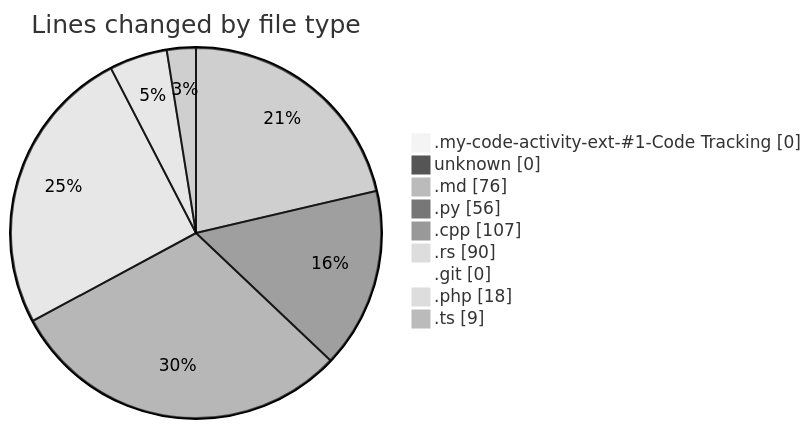
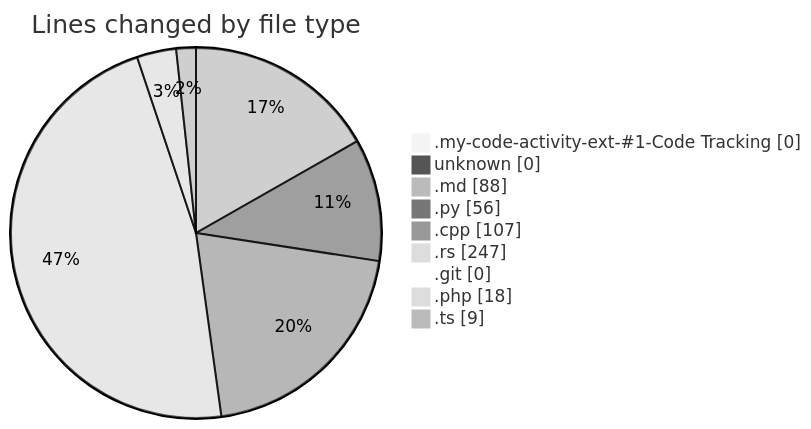
One commit to ernivani/code-tracking changed the first of 2 diagrams in repositories/2024-12-26/leetcode-solutions/README.md. Above: the diagram before and after it, drawn with Mermaid (neutral theme). The commit also changed other lines of this file and 2 other files, not shown here.

````diff
--- a/repositories/2024-12-26/leetcode-solutions/README.md
+++ b/repositories/2024-12-26/leetcode-solutions/README.md
@@ -36,13 +40,13 @@
 ```mermaid
 pie showData
 title Lines changed by file type
 ".my-code-activity-ext-#1-Code Tracking" : 0
 "unknown" : 0
-".md" : 76
+".md" : 88
 ".py" : 56
 ".cpp" : 107
-".rs" : 90
+".rs" : 247
 ".git" : 0
 ".php" : 18
 ".ts" : 9
 ```
````
